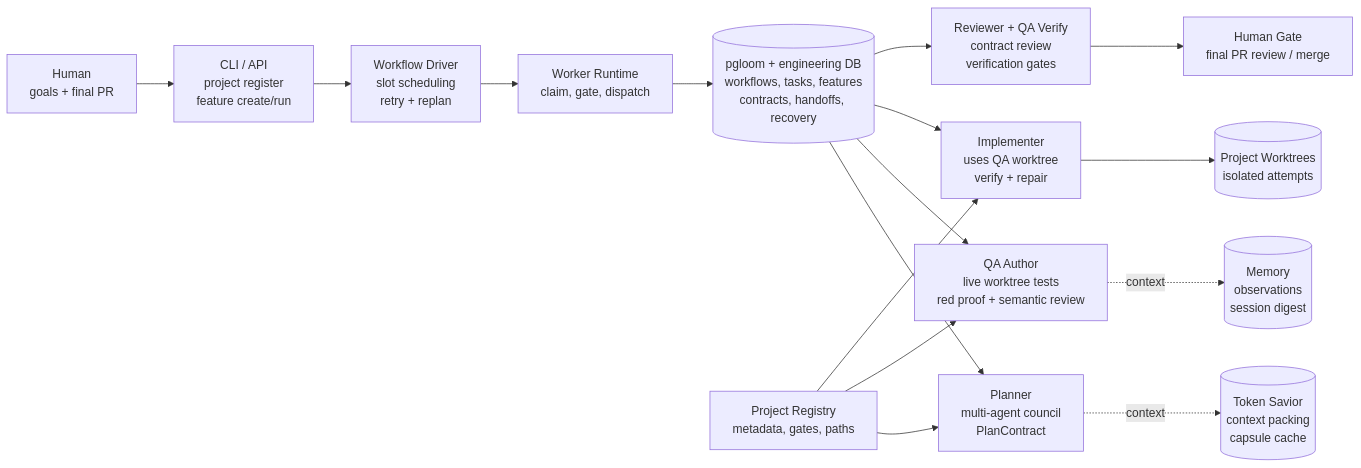
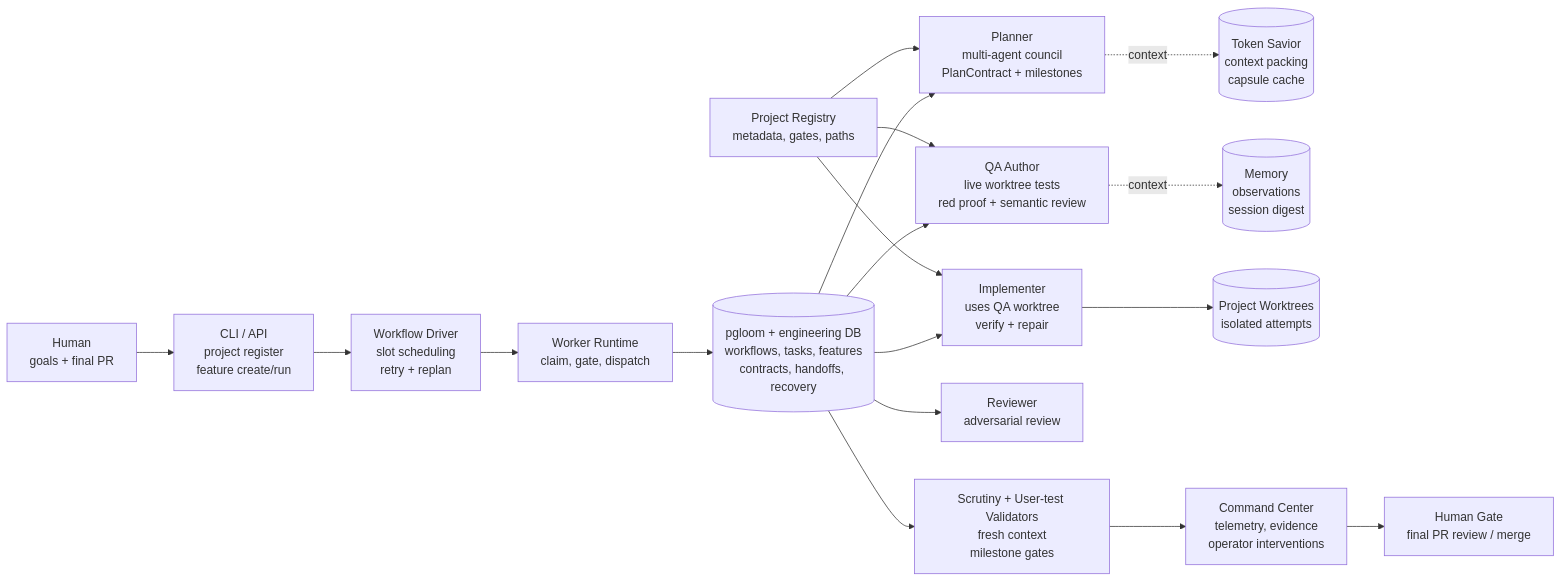
The first of 2 diagrams in README.md (joshorig/pgloom-engineering), drawn with Mermaid before and after one commit. The commit also changed other lines of this file and 113 other files, not shown here.

````diff
--- a/README.md
+++ b/README.md
@@ -44,21 +65,23 @@
 ```mermaid
 flowchart LR
     Human[Human<br/>goals + final PR] --> CLI[CLI / API<br/>project register<br/>feature create/run]
     CLI --> Driver[Workflow Driver<br/>slot scheduling<br/>retry + replan]
     Driver --> Runtime[Worker Runtime<br/>claim, gate, dispatch]
     Runtime --> DB[(pgloom + engineering DB<br/>workflows, tasks, features<br/>contracts, handoffs, recovery)]
 
-    DB --> Planner[Planner<br/>multi-agent council<br/>PlanContract]
+    DB --> Planner[Planner<br/>multi-agent council<br/>PlanContract + milestones]
     DB --> QA[QA Author<br/>live worktree tests<br/>red proof + semantic review]
     DB --> Implementer[Implementer<br/>uses QA worktree<br/>verify + repair]
-    DB --> Reviewer[Reviewer + QA Verify<br/>contract review<br/>verification gates]
+    DB --> Reviewer[Reviewer<br/>adversarial review]
+    DB --> Validators[Scrutiny + User-test Validators<br/>fresh context<br/>milestone gates]
 
     Planner -. context .-> TokenSavior[(Token Savior<br/>context packing<br/>capsule cache)]
     QA -. context .-> Memory[(Memory<br/>observations<br/>session digest)]
     Implementer --> Worktrees[(Project Worktrees<br/>isolated attempts)]
-    Reviewer --> Final[Human Gate<br/>final PR review / merge]
+    Validators --> CommandCenter[Command Center<br/>telemetry, evidence<br/>operator interventions]
+    CommandCenter --> Final[Human Gate<br/>final PR review / merge]
 
     Registry[Project Registry<br/>metadata, gates, paths] --> Planner
     Registry --> QA
     Registry --> Implementer
 ```
````
